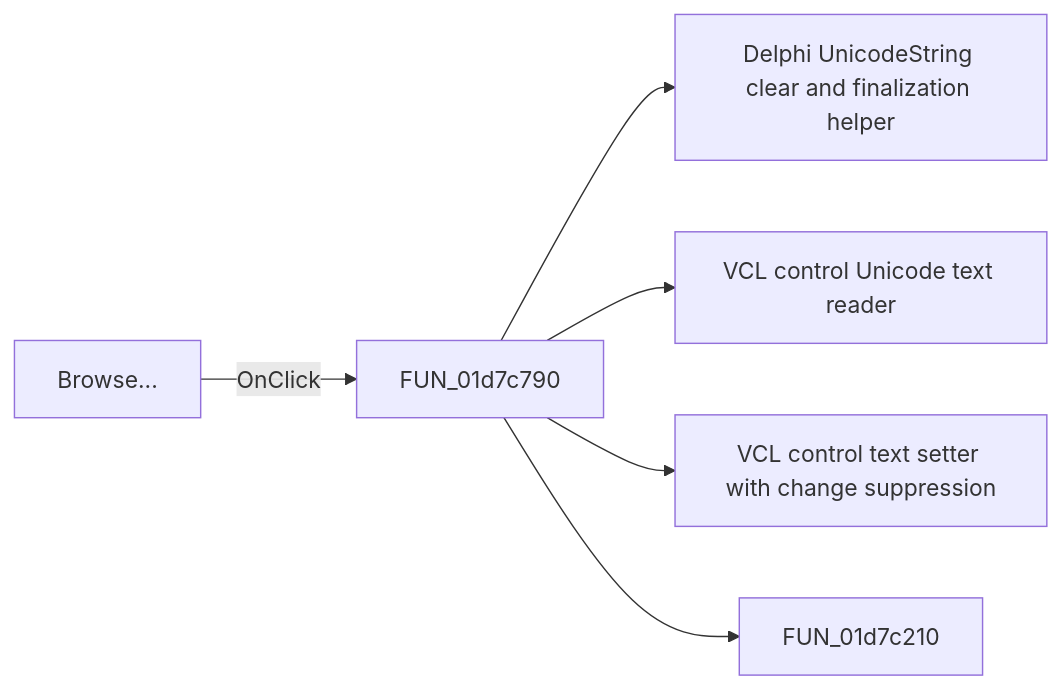
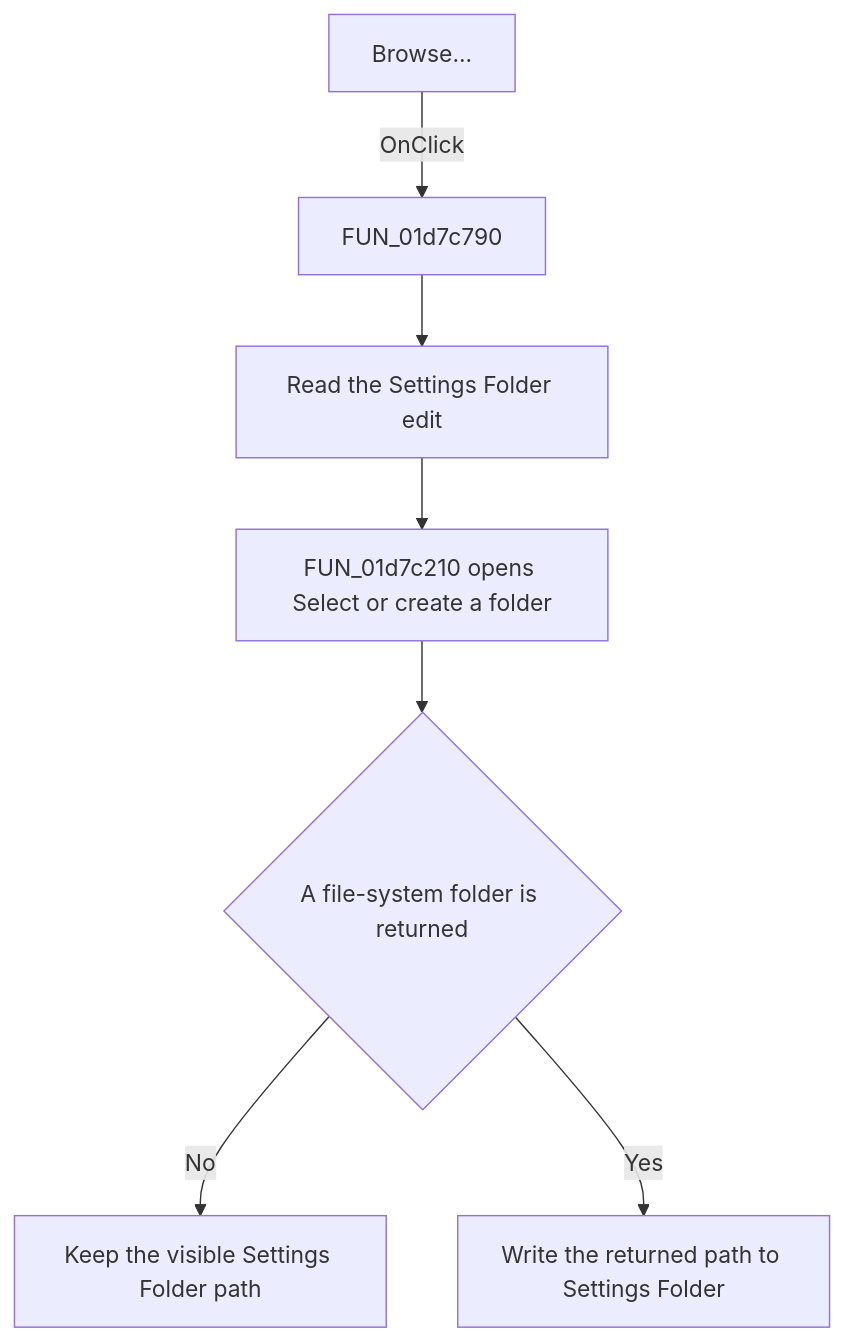
Before and after one commit to MovGP0/TIARA: the diagram in docs/ui-controls/frmsetenvvars/btnbrowsesettingsdir-18495d4650.md, drawn with Mermaid. The commit also changed other lines of this file and 387 other files, not shown here.

````diff
--- a/docs/ui-controls/frmsetenvvars/btnbrowsesettingsdir-18495d4650.md
+++ b/docs/ui-controls/frmsetenvvars/btnbrowsesettingsdir-18495d4650.md
@@ -27,8 +37,9 @@
 ```mermaid
-flowchart LR
+flowchart TD
     control["Browse..."] -->|OnClick| handler["FUN_01d7c790"]
-    handler --> call1["Delphi UnicodeString clear and finalization helper"]
-    handler --> call2["VCL control Unicode text reader"]
-    handler --> call3["VCL control text setter with change suppression"]
-    handler --> call4["FUN_01d7c210"]
+    handler --> read["Read the Settings Folder edit"]
+    read --> picker["FUN_01d7c210 opens Select or create a folder"]
+    picker --> selected{"A file-system folder is returned"}
+    selected -->|No| unchanged["Keep the visible Settings Folder path"]
+    selected -->|Yes| update["Write the returned path to Settings Folder"]
 ```
````
